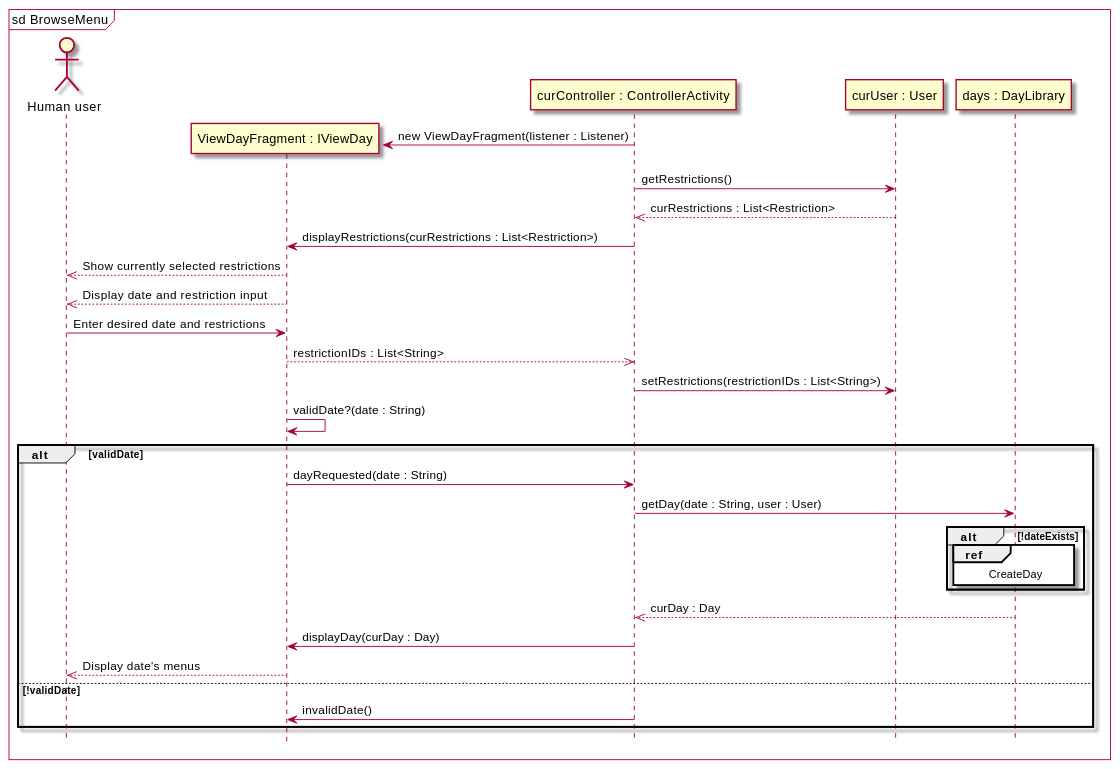
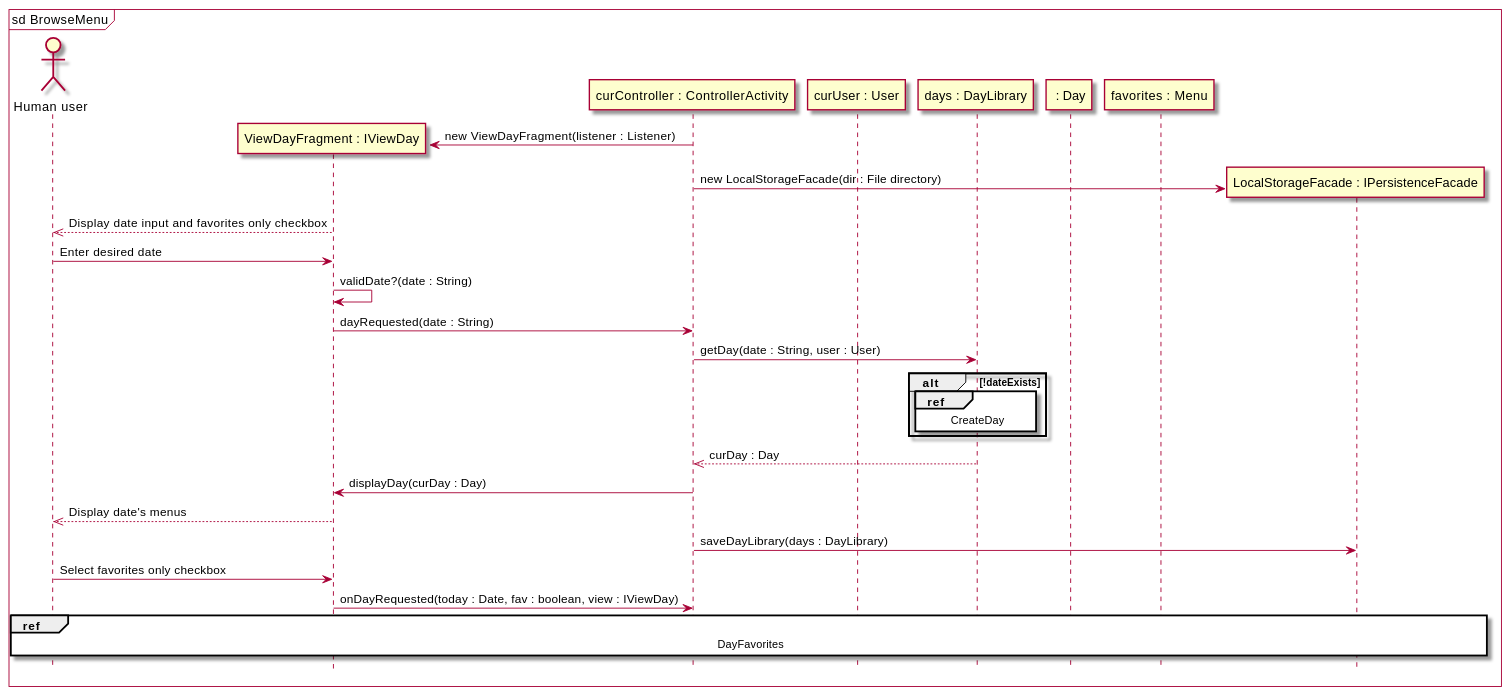
The second of 7 diagrams in intellij/doc/design.md (sashap100/Vassar-Dining-App), drawn with PlantUML before and after one commit. The commit also changed other lines of this file and 2 other files, not shown here.

````diff
--- a/intellij/doc/design.md
+++ b/intellij/doc/design.md
@@ -185,39 +185,39 @@
 ```plantuml
 
 @startuml
 skin rose
 hide footbox
 mainframe sd BrowseMenu
 
 actor "Human user" as human
 participant "ViewDayFragment : IViewDay" as ui
 participant "curController : ControllerActivity" as controller
 participant "curUser : User" as user
 participant "days : DayLibrary" as days
+participant " : Day" as day
+participant "favorites : Menu" as faves
+participant "LocalStorageFacade : IPersistenceFacade" as persistence
 
 controller -> ui **: new ViewDayFragment(listener : Listener)
-controller -> user : getRestrictions()
-user -->> controller : curRestrictions : List<Restriction>
-controller -> ui : displayRestrictions(curRestrictions : List<Restriction>)
-ui -->> human : Show currently selected restrictions
-ui -->> human : Display date and restriction input
-human -> ui : Enter desired date and restrictions
-ui -->> controller : restrictionIDs : List<String>
-controller -> user : setRestrictions(restrictionIDs : List<String>)
+controller -> persistence **: new LocalStorageFacade(dir : File directory)
+ui -->> human : Display date input and favorites only checkbox
+human -> ui : Enter desired date
 ui -> ui : validDate?(date : String)
-alt validDate
-    ui -> controller : dayRequested(date : String)
-    controller -> days : getDay(date : String, user : User)
-    alt !dateExists
-        ref over days
-        CreateDay
-        end ref
-    end
-    days -->> controller : curDay : Day
-    controller -> ui : displayDay(curDay : Day)
-    ui -->> human : Display date's menus
-else !validDate
-    controller -> ui : invalidDate()
+ui -> controller : dayRequested(date : String)
+controller -> days : getDay(date : String, user : User)
+alt !dateExists
+    ref over days
+    CreateDay
+    end ref
 end
+days -->> controller : curDay : Day
+controller -> ui : displayDay(curDay : Day)
+ui -->> human : Display date's menus
+controller -> persistence : saveDayLibrary(days : DayLibrary)
+human -> ui : Select favorites only checkbox
+ui -> controller : onDayRequested(today : Date, fav : boolean, view : IViewDay)
+ref over human,ui,controller,user,persistence
+    DayFavorites
+end ref
 @enduml
 ```
````
